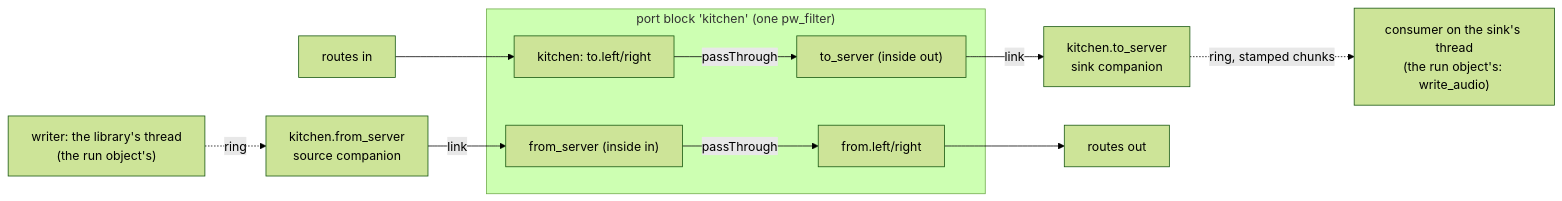
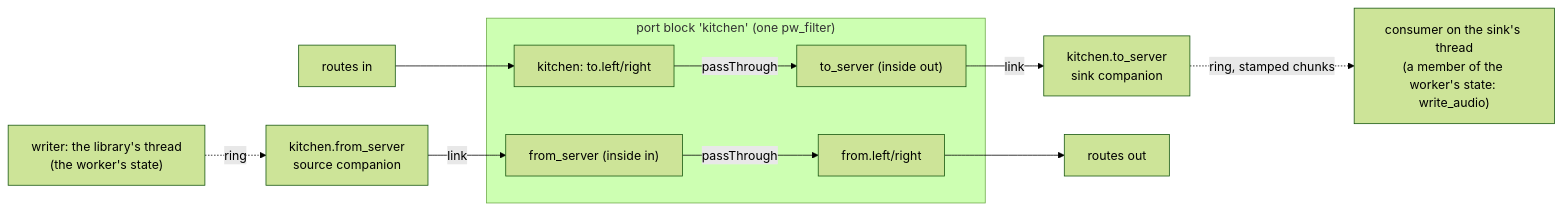
One commit to mcurcio/ear changed the fourth of 4 diagrams in docs/design/node-framework.md. Above: the diagram before and after it, drawn with Mermaid (forest theme). The commit also changed other lines of this file and 2 other files, not shown here.

First line of the commit message:
docs(design): graph and node lifecycle without runs, three hooks

````diff
--- a/docs/design/node-framework.md
+++ b/docs/design/node-framework.md
@@ -1396,13 +1491,13 @@
 ```mermaid
 flowchart LR
   R1["routes in"] --> TO["kitchen: to.left/right"]
   subgraph B["port block 'kitchen' (one pw_filter)"]
     TO -- passThrough --> TS["to_server (inside out)"]
     FS["from_server (inside in)"] -- passThrough --> FR["from.left/right"]
   end
   TS -- link --> SK["kitchen.to_server<br/>sink companion"]
-  SK -. "ring, stamped chunks" .-> C["consumer on the sink's thread<br/>(the run object's: write_audio)"]
-  W["writer: the library's thread<br/>(the run object's)"] -. ring .-> SR["kitchen.from_server<br/>source companion"]
+  SK -. "ring, stamped chunks" .-> C["consumer on the sink's thread<br/>(a member of the worker's state: write_audio)"]
+  W["writer: the library's thread<br/>(the worker's state)"] -. ring .-> SR["kitchen.from_server<br/>source companion"]
   SR -- link --> FS
   FR --> R2["routes out"]
 ```
````
